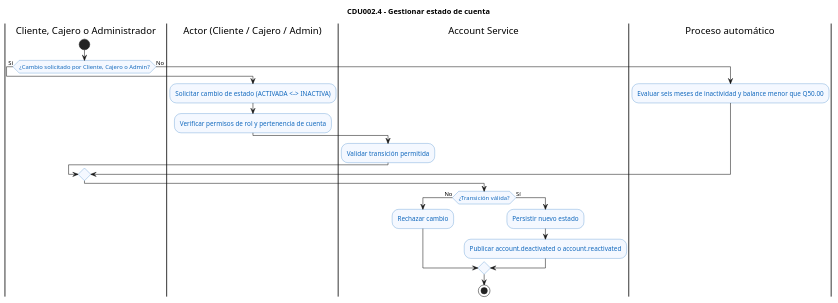
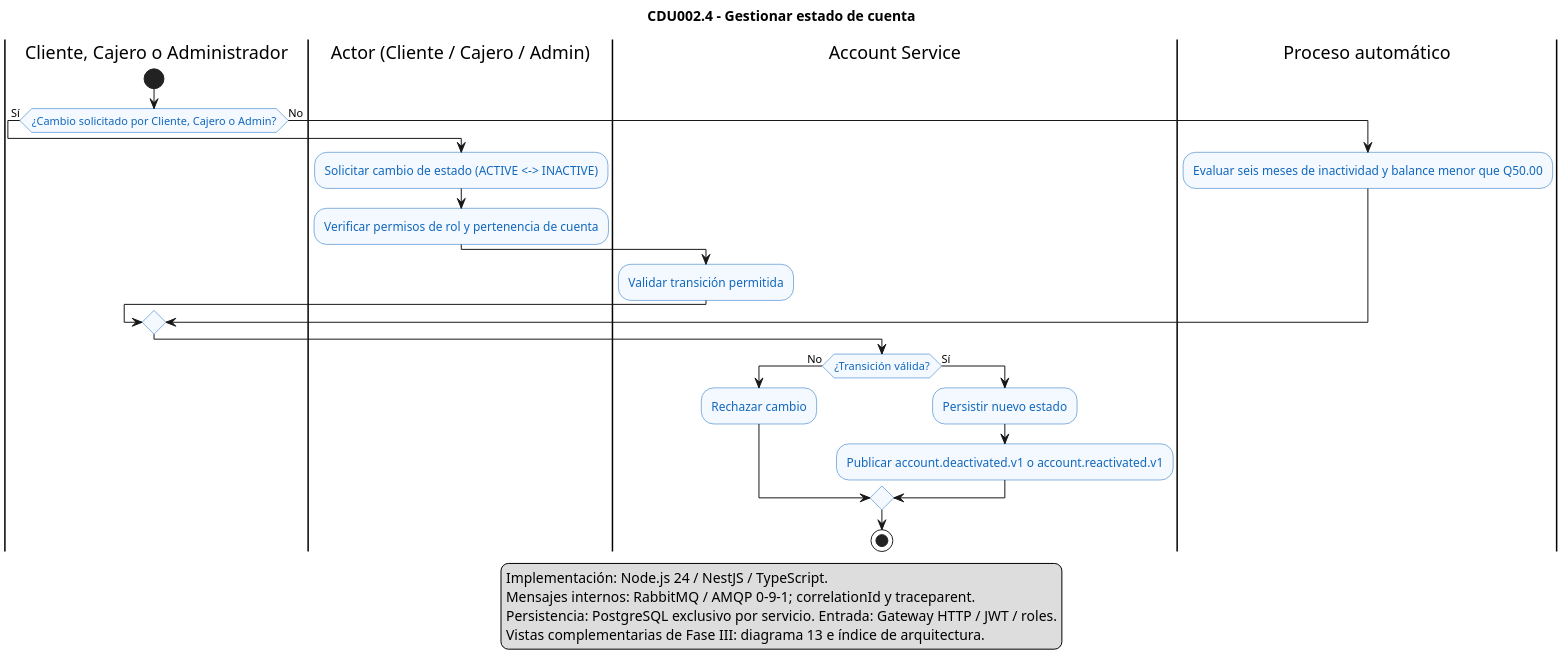
The diagram in docs/architecture/diagrams/cdu/account/flujos/CDU002.4-gestionar-estado.puml (marcosbondel/Proyecto-SA-B-2), drawn with PlantUML before and after one commit. The commit also changed 74 other files, not shown here.

Commit message:
docs(cdu-er): actualizar casos de uso UML nativos, flujos de negocio y modelos ER fisicos

```diff
--- a/docs/architecture/diagrams/cdu/account/flujos/CDU002.4-gestionar-estado.puml
+++ b/docs/architecture/diagrams/cdu/account/flujos/CDU002.4-gestionar-estado.puml
@@ -1,31 +1,38 @@
 @startuml CDU002.4-gestionar-estado
 title CDU002.4 - Gestionar estado de cuenta
 
 skinparam shadowing false
+skinparam dpi 180
 skinparam activity {
     BackgroundColor #F4F8FF
     BorderColor #1168BD
     FontColor #1168BD
 }
 
 |Cliente, Cajero o Administrador|
 start
 if (¿Cambio solicitado por Cliente, Cajero o Admin?) then (Sí)
     |Actor (Cliente / Cajero / Admin)|
-    :Solicitar cambio de estado (ACTIVADA <-> INACTIVA);
+    :Solicitar cambio de estado (ACTIVE <-> INACTIVE);
     :Verificar permisos de rol y pertenencia de cuenta;
     |Account Service|
     :Validar transición permitida;
 else (No)
     |Proceso automático|
     :Evaluar seis meses de inactividad y balance menor que Q50.00;
     |Account Service|
 endif
 if (¿Transición válida?) then (No)
     :Rechazar cambio;
 else (Sí)
     :Persistir nuevo estado;
-    :Publicar account.deactivated o account.reactivated;
+    :Publicar account.deactivated.v1 o account.reactivated.v1;
 endif
 stop
+legend bottom
+  Implementación: Node.js 24 / NestJS / TypeScript.
+  Mensajes internos: RabbitMQ / AMQP 0-9-1; correlationId y traceparent.
+  Persistencia: PostgreSQL exclusivo por servicio. Entrada: Gateway HTTP / JWT / roles.
+  Vistas complementarias de Fase III: diagrama 13 e índice de arquitectura.
+endlegend
 @enduml
```
